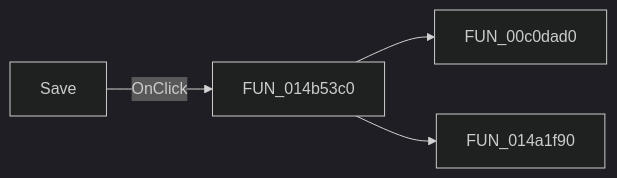
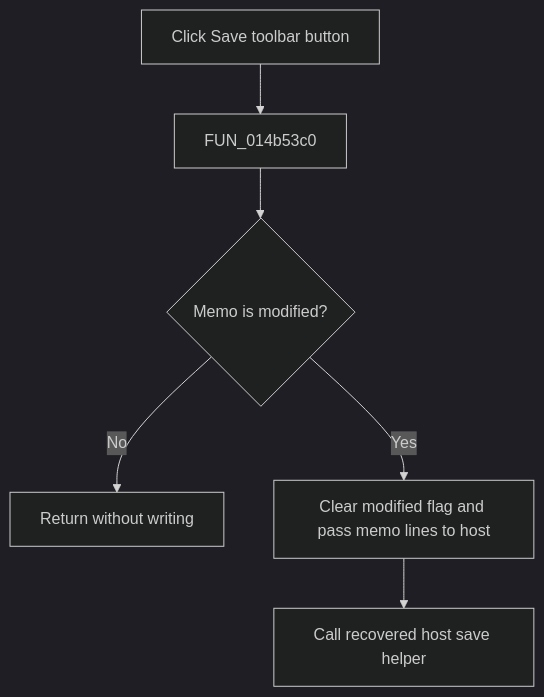
Before and after one commit to MovGP0/TIARA: the diagram in docs/ui-controls/netlistviewer/savebutton-900449184d.md, drawn with Mermaid (dark theme). The commit also changed other lines of this file and 1062 other files, not shown here.

````diff
--- a/docs/ui-controls/netlistviewer/savebutton-900449184d.md
+++ b/docs/ui-controls/netlistviewer/savebutton-900449184d.md
@@ -27,6 +27,8 @@
 ```mermaid
-flowchart LR
-    control["Save"] -->|OnClick| handler["FUN_014b53c0"]
-    handler --> call1["FUN_00c0dad0"]
-    handler --> call2["FUN_014a1f90"]
+flowchart TD
+    control["Click Save toolbar button"] --> handler["FUN_014b53c0"]
+    handler --> modified{"Memo is modified?"}
+    modified -->|No| noop["Return without writing"]
+    modified -->|Yes| stage["Clear modified flag and pass memo lines to host"]
+    stage --> save["Call recovered host save helper"]
 ```
````
